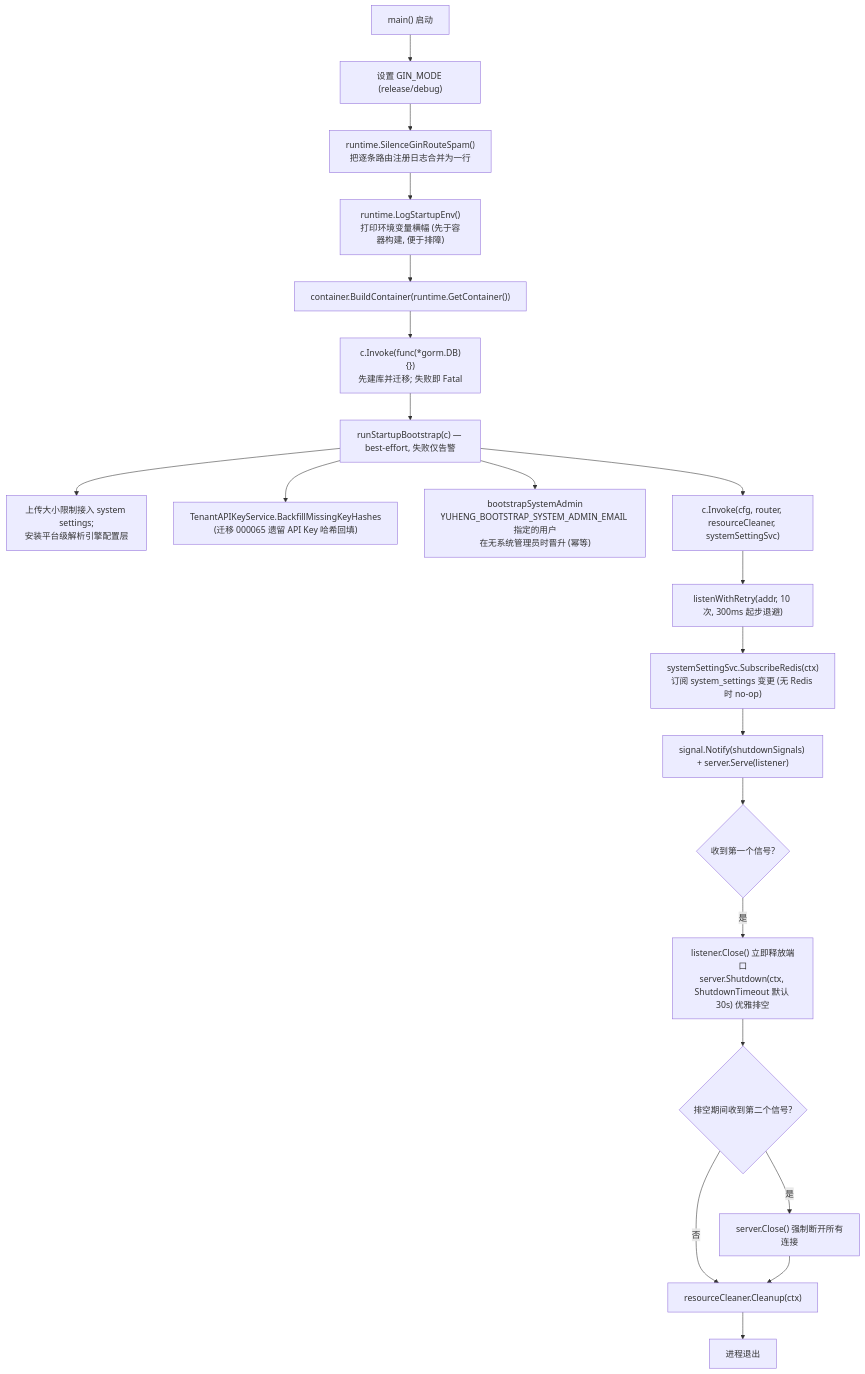
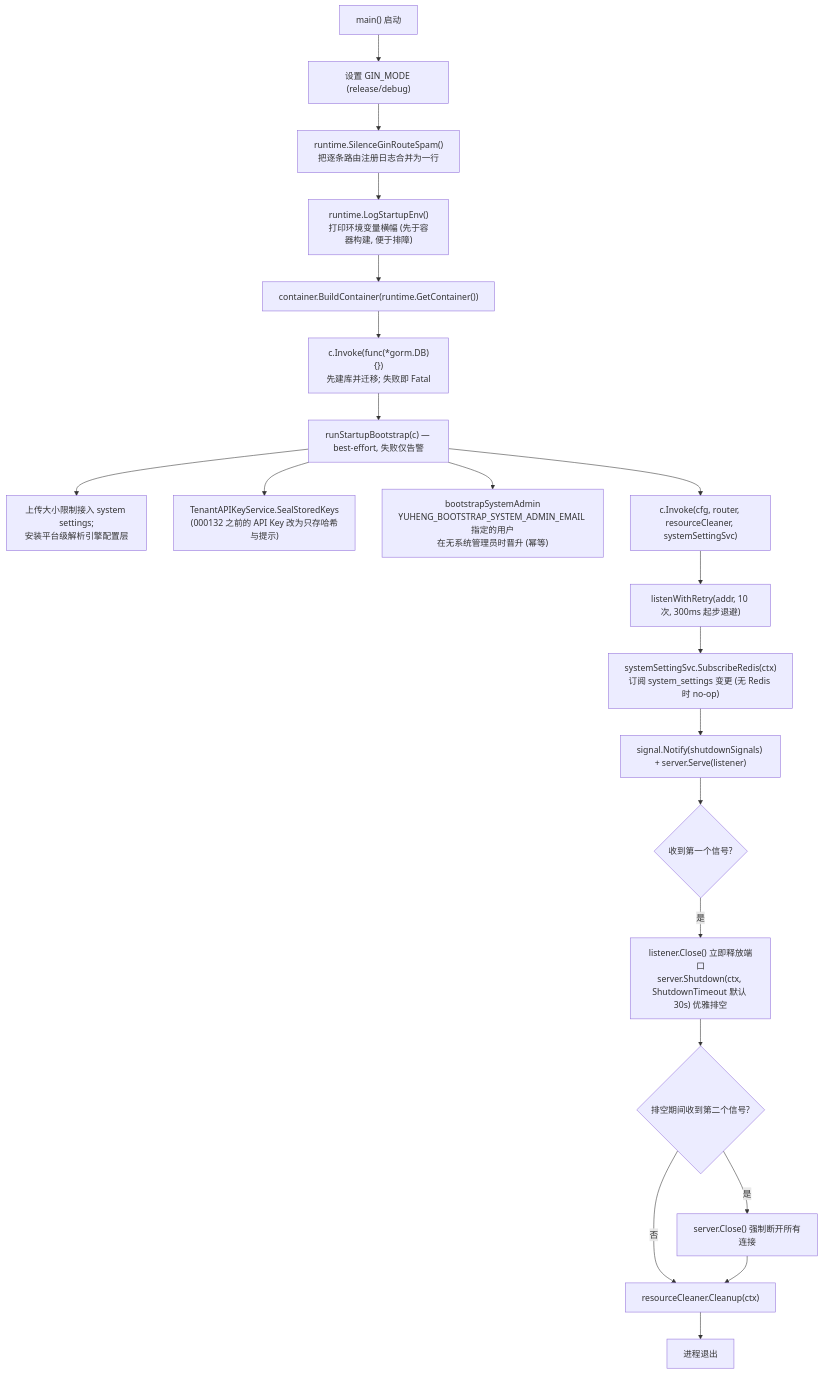
One commit to magicyuan876/Yuheng changed the second of 3 diagrams in website-docs/02-architecture/02-backend-design.md. Above: the diagram before and after it, drawn with Mermaid. The commit also changed 16 other files, not shown here.

````diff
--- a/website-docs/02-architecture/02-backend-design.md
+++ b/website-docs/02-architecture/02-backend-design.md
@@ -132,23 +132,23 @@
 ```mermaid
 flowchart TD
     A["main() 启动"] --> B["设置 GIN_MODE (release/debug)"]
     B --> C["runtime.SilenceGinRouteSpam()<br/>把逐条路由注册日志合并为一行"]
     C --> D["runtime.LogStartupEnv()<br/>打印环境变量横幅 (先于容器构建, 便于排障)"]
     D --> E["container.BuildContainer(runtime.GetContainer())"]
     E --> E1["c.Invoke(func(*gorm.DB){})<br/>先建库并迁移; 失败即 Fatal"]
     E1 --> F["runStartupBootstrap(c) — best-effort, 失败仅告警"]
     F --> F0["上传大小限制接入 system settings;<br/>安装平台级解析引擎配置层"]
-    F --> F1["TenantAPIKeyService.BackfillMissingKeyHashes<br/>(迁移 000065 遗留 API Key 哈希回填)"]
+    F --> F1["TenantAPIKeyService.SealStoredKeys<br/>(000132 之前的 API Key 改为只存哈希与提示)"]
     F --> F2["bootstrapSystemAdmin<br/>YUHENG_BOOTSTRAP_SYSTEM_ADMIN_EMAIL 指定的用户<br/>在无系统管理员时晋升 (幂等)"]
     F --> G["c.Invoke(cfg, router, resourceCleaner, systemSettingSvc)"]
     G --> H["listenWithRetry(addr, 10 次, 300ms 起步退避)"]
     H --> I["systemSettingSvc.SubscribeRedis(ctx)<br/>订阅 system_settings 变更 (无 Redis 时 no-op)"]
     I --> J["signal.Notify(shutdownSignals) + server.Serve(listener)"]
     J --> K{"收到第一个信号?"}
     K -->|是| L["listener.Close() 立即释放端口<br/>server.Shutdown(ctx, ShutdownTimeout 默认 30s) 优雅排空"]
     L --> M{"排空期间收到第二个信号?"}
     M -->|是| N["server.Close() 强制断开所有连接"]
     M -->|否| O["resourceCleaner.Cleanup(ctx)"]
     N --> O
     O --> P["进程退出"]
 ```
````
